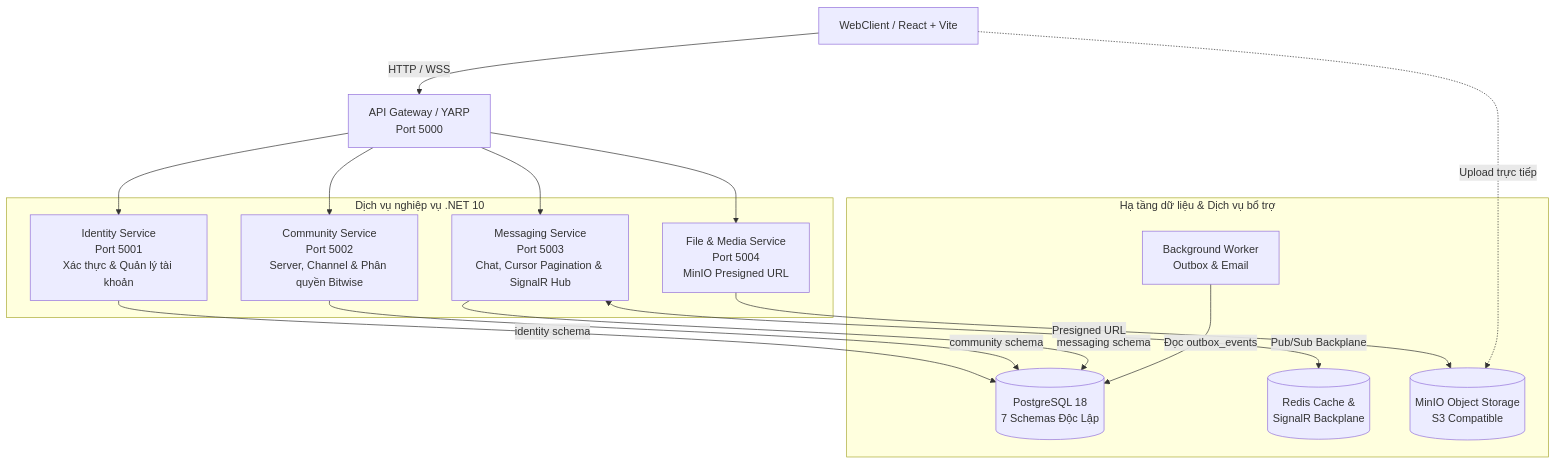
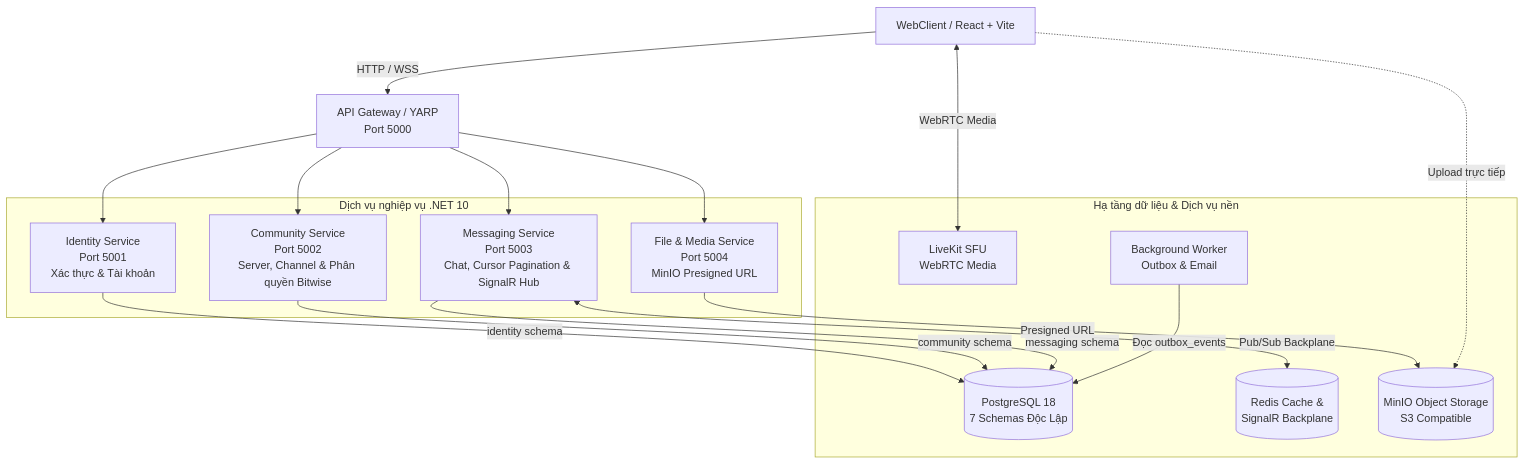
The diagram in README.md (Chyeonma/scdc), drawn with Mermaid before and after one commit. The commit also changed other lines of this file and 72 other files, not shown here.

````diff
--- a/README.md
+++ b/README.md
@@ -34,33 +57,35 @@
 ```mermaid
 flowchart TD
     Client[WebClient / React + Vite]
     Gateway[API Gateway / YARP\nPort 5000]
 
     subgraph CoreServices[Dịch vụ nghiệp vụ .NET 10]
-        Identity[Identity Service\nPort 5001\nXác thực & Quản lý tài khoản]
+        Identity[Identity Service\nPort 5001\nXác thực & Tài khoản]
         Community[Community Service\nPort 5002\nServer, Channel & Phân quyền Bitwise]
         Messaging[Messaging Service\nPort 5003\nChat, Cursor Pagination & SignalR Hub]
         FileService[File & Media Service\nPort 5004\nMinIO Presigned URL]
     end
 
-    subgraph Infrastructure[Hạ tầng dữ liệu & Dịch vụ bổ trợ]
+    subgraph Infrastructure[Hạ tầng dữ liệu & Dịch vụ nền]
         Postgres[(PostgreSQL 18\n7 Schemas Độc Lập)]
         Redis[(Redis Cache &\nSignalR Backplane)]
         MinIO[(MinIO Object Storage\nS3 Compatible)]
-        OutboxWorker[Background Worker\nOutbox & Email]
+        LiveKit[LiveKit SFU\nWebRTC Media]
+        Worker[Background Worker\nOutbox & Email]
     end
 
     Client -->|HTTP / WSS| Gateway
     Gateway --> Identity
     Gateway --> Community
     Gateway --> Messaging
     Gateway --> FileService
 
     Identity -->|identity schema| Postgres
     Community -->|community schema| Postgres
     Messaging -->|messaging schema| Postgres
     Messaging <-->|Pub/Sub Backplane| Redis
     FileService -->|Presigned URL| MinIO
     Client -.->|Upload trực tiếp| MinIO
-    OutboxWorker -->|Đọc outbox_events| Postgres
+    Client <-->|WebRTC Media| LiveKit
+    Worker -->|Đọc outbox_events| Postgres
 ```
````
